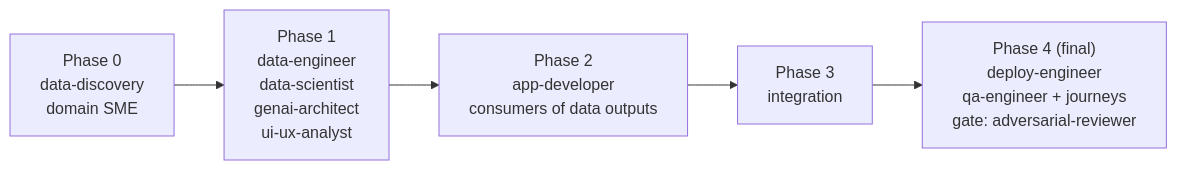
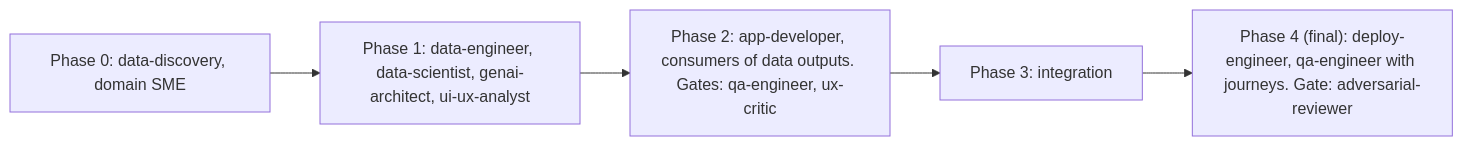
The second of 6 diagrams in docs/workflow.md (jesusr-db/agent_team), drawn with Mermaid before and after one commit. The commit also changed other lines of this file, not shown here.

First line of the commit message:
docs: fix workflow diagrams and show iteration loops

````diff
--- a/docs/workflow.md
+++ b/docs/workflow.md
@@ -40,7 +43,7 @@
 ```mermaid
 flowchart LR
-    P0["Phase 0<br/>data-discovery<br/>domain SME"] --> P1["Phase 1<br/>data-engineer<br/>data-scientist<br/>genai-architect<br/>ui-ux-analyst"]
-    P1 --> P2["Phase 2<br/>app-developer<br/>consumers of data outputs"]
-    P2 --> P3[Phase 3<br/>integration]
-    P3 --> P4["Phase 4 (final)<br/>deploy-engineer<br/>qa-engineer + journeys<br/>gate: adversarial-reviewer"]
+    P0["Phase 0: data-discovery, domain SME"] --> P1["Phase 1: data-engineer, data-scientist, genai-architect, ui-ux-analyst"]
+    P1 --> P2["Phase 2: app-developer, consumers of data outputs. Gates: qa-engineer, ux-critic"]
+    P2 --> P3["Phase 3: integration"]
+    P3 --> P4["Phase 4 (final): deploy-engineer, qa-engineer with journeys. Gate: adversarial-reviewer"]
 ```
````
